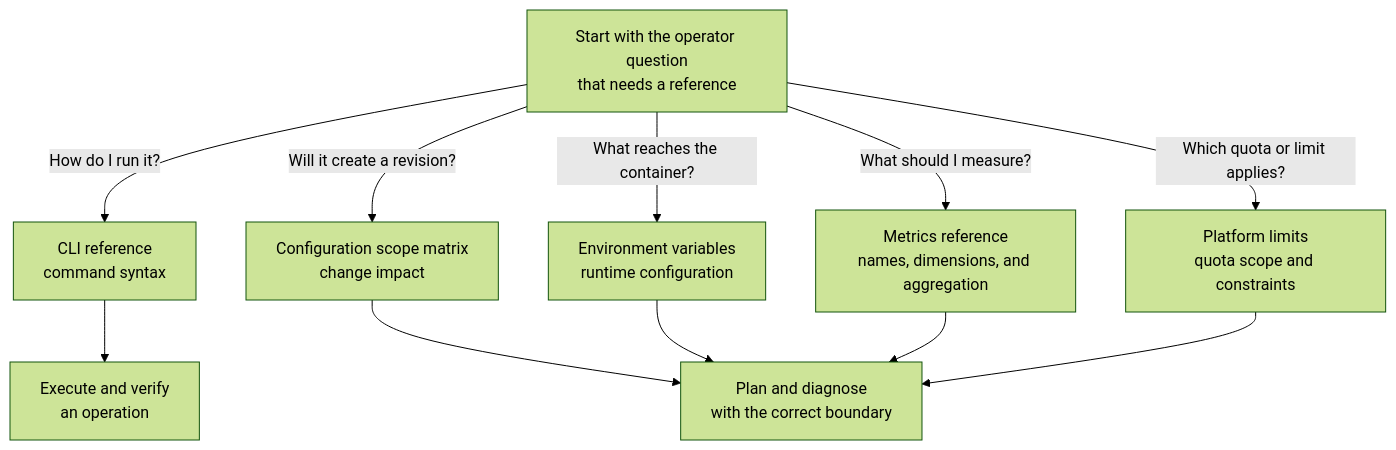
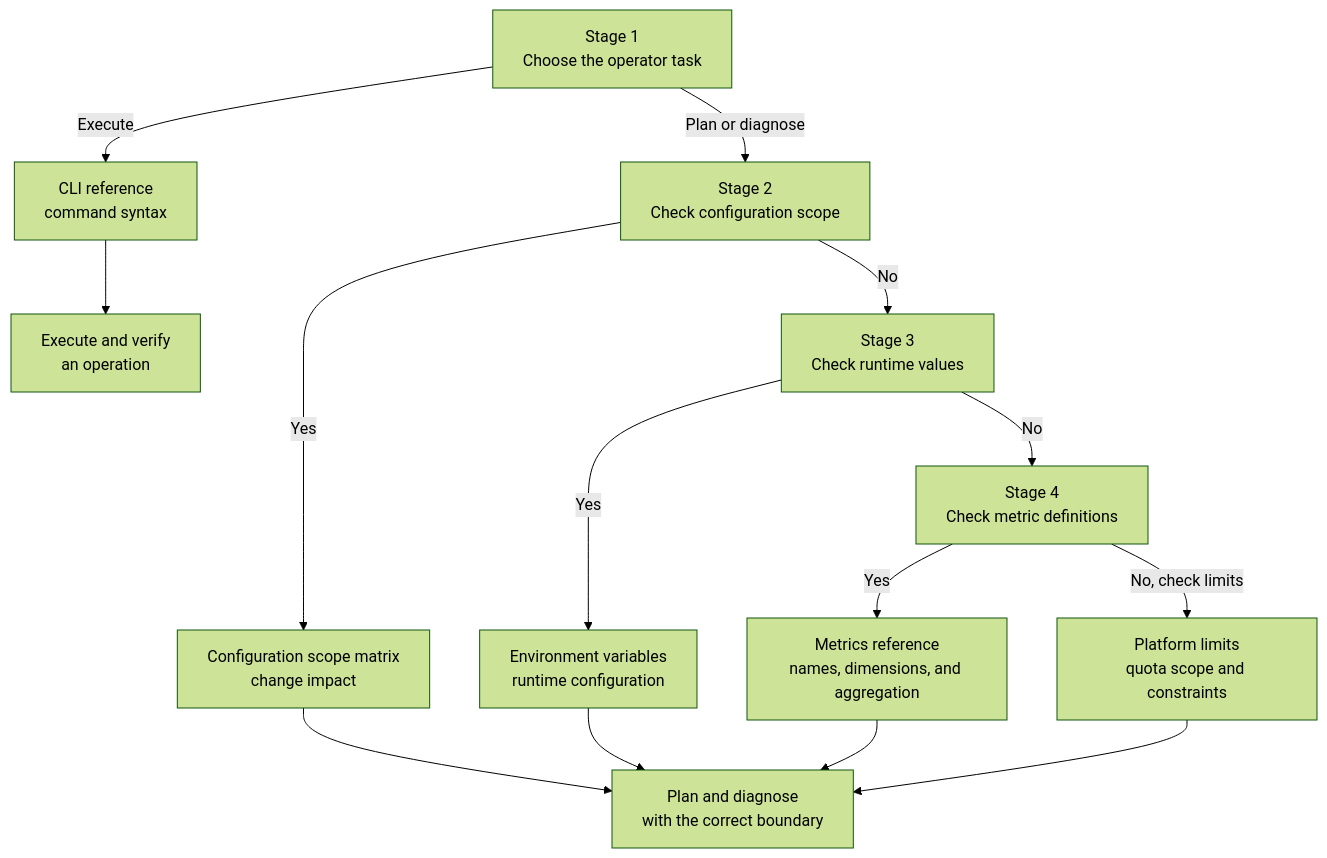
One commit to yeongseon/azure-container-apps-practical-guide changed the diagram in docs/reference/index.md. Above: the diagram before and after it, drawn with Mermaid (forest theme). The commit also changed 15 other files, not shown here.

Commit message:
fix(diagrams): correct runtime, tutorial topology and CI/CD diagram paths and record review

````diff
--- a/docs/reference/index.md
+++ b/docs/reference/index.md
@@ -27,25 +27,31 @@
 ```mermaid
 flowchart TD
     accTitle: Choose a Container Apps reference by operator question
-    accDescr: Start from the question you need to answer, then choose command syntax, configuration scope, environment variables, metrics, or platform quotas and limits.
+    accDescr: First decide whether you need to execute an operation or plan and diagnose. The execute branch leads to CLI syntax. The planning branch uses binary questions to separate change scope, runtime configuration, metrics, and platform limits, preserving all five reference destinations in a narrow staged flow.
 
-    QUESTION[Start with the operator question<br/>that needs a reference]
+    QUESTION["Stage 1<br/>Choose the operator task"]
+    SCOPE_CHECK["Stage 2<br/>Check configuration scope"]
+    RUNTIME_CHECK["Stage 3<br/>Check runtime values"]
+    METRIC_CHECK["Stage 4<br/>Check metric definitions"]
     CLI[CLI reference<br/>command syntax]
     SCOPE[Configuration scope matrix<br/>change impact]
     ENV[Environment variables<br/>runtime configuration]
     METRICS[Metrics reference<br/>names, dimensions, and aggregation]
     LIMITS[Platform limits<br/>quota scope and constraints]
     EXECUTE[Execute and verify<br/>an operation]
     PLAN[Plan and diagnose<br/>with the correct boundary]
 
-    QUESTION -->|How do I run it?| CLI
-    QUESTION -->|Will it create a revision?| SCOPE
-    QUESTION -->|What reaches the container?| ENV
-    QUESTION -->|What should I measure?| METRICS
-    QUESTION -->|Which quota or limit applies?| LIMITS
+    QUESTION -->|Execute| CLI
+    QUESTION -->|Plan or diagnose| SCOPE_CHECK
+    SCOPE_CHECK -->|Yes| SCOPE
+    SCOPE_CHECK -->|No| RUNTIME_CHECK
+    RUNTIME_CHECK -->|Yes| ENV
+    RUNTIME_CHECK -->|No| METRIC_CHECK
+    METRIC_CHECK -->|Yes| METRICS
+    METRIC_CHECK -->|No, check limits| LIMITS
     CLI --> EXECUTE
     SCOPE --> PLAN
     ENV --> PLAN
     METRICS --> PLAN
     LIMITS --> PLAN
 ```
````
